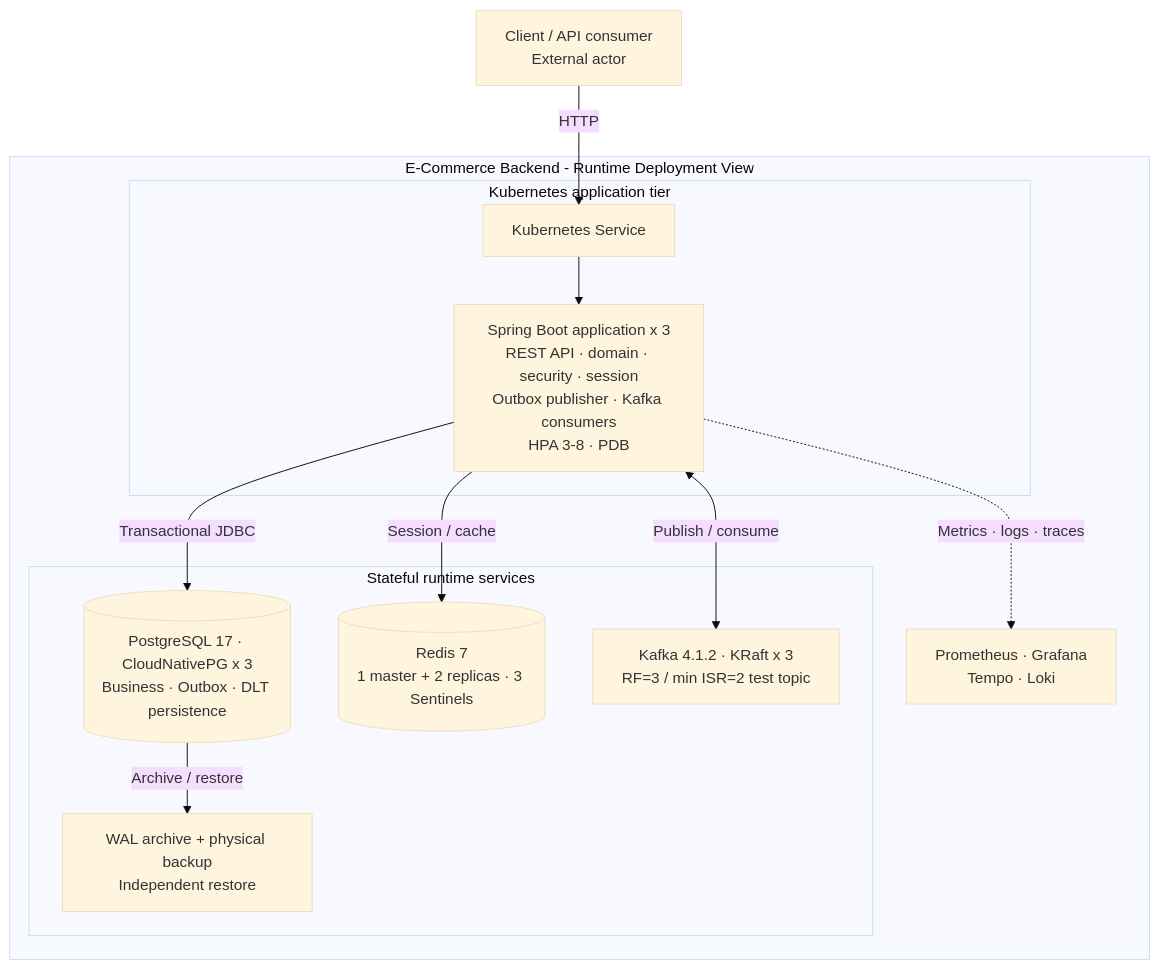
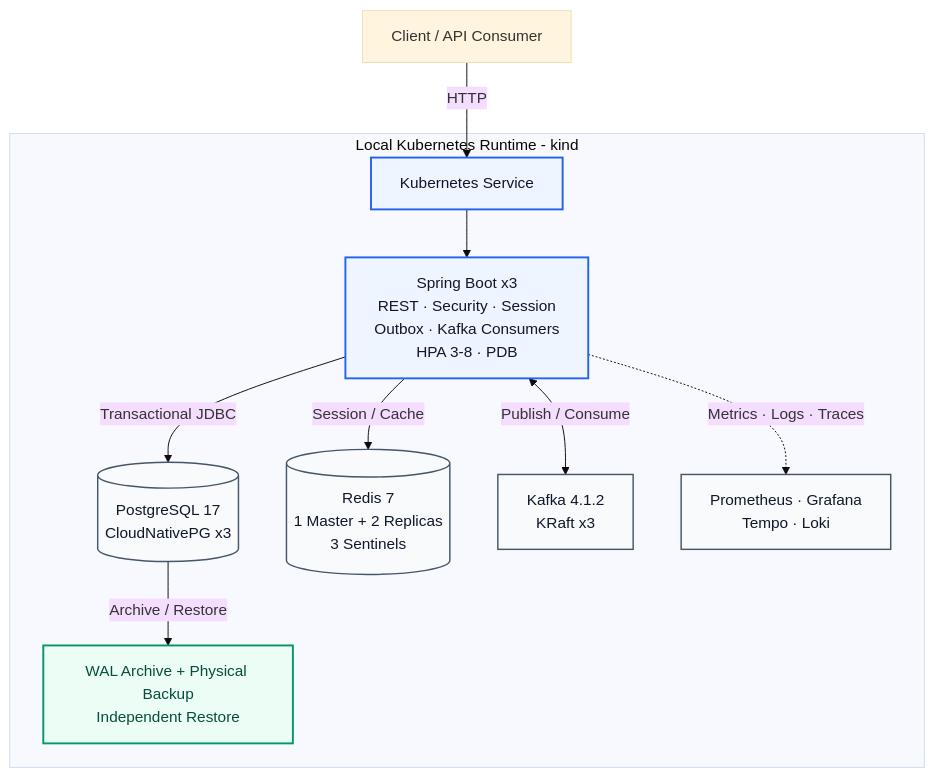
The first of 4 diagrams in README.md (ravan-chuang/spring-boot-ecommerce-backend), drawn with Mermaid (base theme) before and after one commit. The commit also changed other lines of this file and 2 other files, not shown here.

````diff
--- a/README.md
+++ b/README.md
@@ -77,27 +55,29 @@
 ```mermaid
 flowchart TB
-    Client["Client / API consumer<br/>External actor"]
+    Client["Client / API Consumer"]
 
-    subgraph Runtime["E-Commerce Backend - Runtime Deployment View"]
-        subgraph AppTier["Kubernetes application tier"]
-            Service["Kubernetes Service"]
-            App["Spring Boot application x 3<br/>REST API · domain · security · session<br/>Outbox publisher · Kafka consumers<br/>HPA 3-8 · PDB"]
-        end
+    subgraph K8s["Local Kubernetes Runtime - kind"]
+        Service["Kubernetes Service"]
+        App["Spring Boot x3<br/>REST · Security · Session<br/>Outbox · Kafka Consumers<br/>HPA 3-8 · PDB"]
 
-        subgraph Stateful["Stateful runtime services"]
-            PG[("PostgreSQL 17 · CloudNativePG x 3<br/>Business · Outbox · DLT persistence")]
-            Redis[("Redis 7<br/>1 master + 2 replicas · 3 Sentinels")]
-            Kafka["Kafka 4.1.2 · KRaft x 3<br/>RF=3 / min ISR=2 test topic"]
-            Restore["WAL archive + physical backup<br/>Independent restore"]
-        end
-
-        Observability["Prometheus · Grafana<br/>Tempo · Loki"]
+        PG[("PostgreSQL 17<br/>CloudNativePG x3")]
+        Redis[("Redis 7<br/>1 Master + 2 Replicas<br/>3 Sentinels")]
+        Kafka["Kafka 4.1.2<br/>KRaft x3"]
+        Backup["WAL Archive + Physical Backup<br/>Independent Restore"]
+        Obs["Prometheus · Grafana<br/>Tempo · Loki"]
     end
 
     Client -->|HTTP| Service --> App
     App -->|Transactional JDBC| PG
-    App -->|Session / cache| Redis
-    App <-->|Publish / consume| Kafka
-    App -.->|Metrics · logs · traces| Observability
-    PG -->|Archive / restore| Restore
+    App -->|Session / Cache| Redis
+    App <-->|Publish / Consume| Kafka
+    App -.->|Metrics · Logs · Traces| Obs
+    PG -->|Archive / Restore| Backup
+
+    classDef app fill:#eef5ff,stroke:#2563eb,stroke-width:2px,color:#0f172a;
+    classDef state fill:#f8fafc,stroke:#475569,stroke-width:1.5px,color:#0f172a;
+    classDef recover fill:#ecfdf5,stroke:#059669,stroke-width:2px,color:#064e3b;
+    class Service,App app;
+    class PG,Redis,Kafka,Obs state;
+    class Backup recover;
 ```
````
